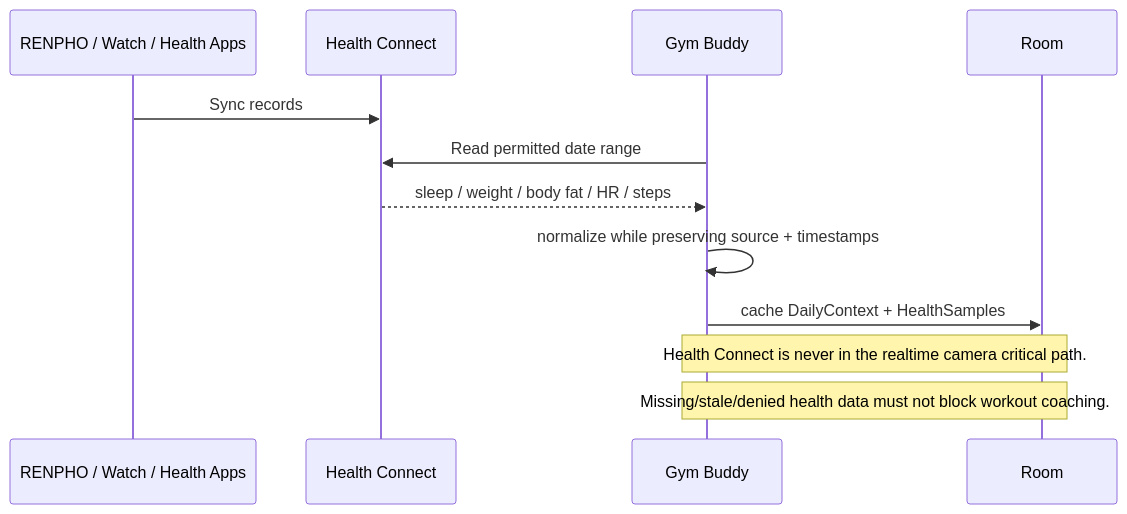
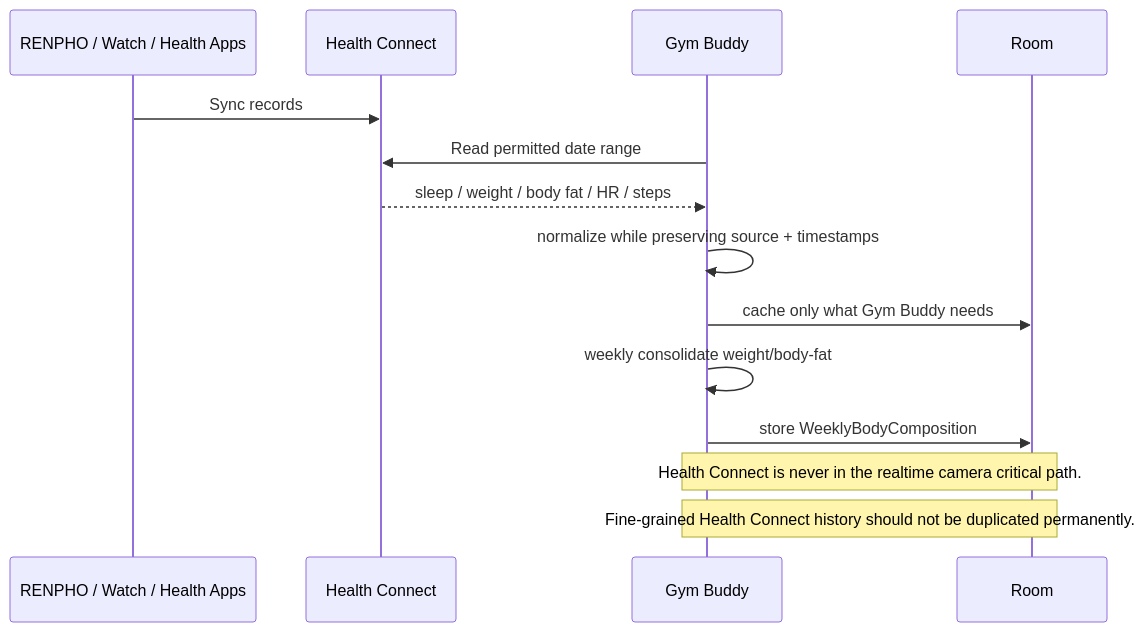
Before and after one commit to lazerta/gym-buddy: the fifth of 7 diagrams in docs/uml/OVERVIEW.md, drawn with Mermaid. The commit also changed other lines of this file, not shown here.

Commit message:
Update UML overview to v0.3 retention policy

````diff
--- a/docs/uml/OVERVIEW.md
+++ b/docs/uml/OVERVIEW.md
@@ -215,16 +228,18 @@
 ```mermaid
 sequenceDiagram
     participant SRC as RENPHO / Watch / Health Apps
     participant HC as Health Connect
     participant G as Gym Buddy
     participant DB as Room
 
     SRC->>HC: Sync records
     G->>HC: Read permitted date range
     HC-->>G: sleep / weight / body fat / HR / steps
     G->>G: normalize while preserving source + timestamps
-    G->>DB: cache DailyContext + HealthSamples
+    G->>DB: cache only what Gym Buddy needs
+    G->>G: weekly consolidate weight/body-fat
+    G->>DB: store WeeklyBodyComposition
 
     Note over G,DB: Health Connect is never in the realtime camera critical path.
-    Note over G,DB: Missing/stale/denied health data must not block workout coaching.
+    Note over G,DB: Fine-grained Health Connect history should not be duplicated permanently.
 ```
````
